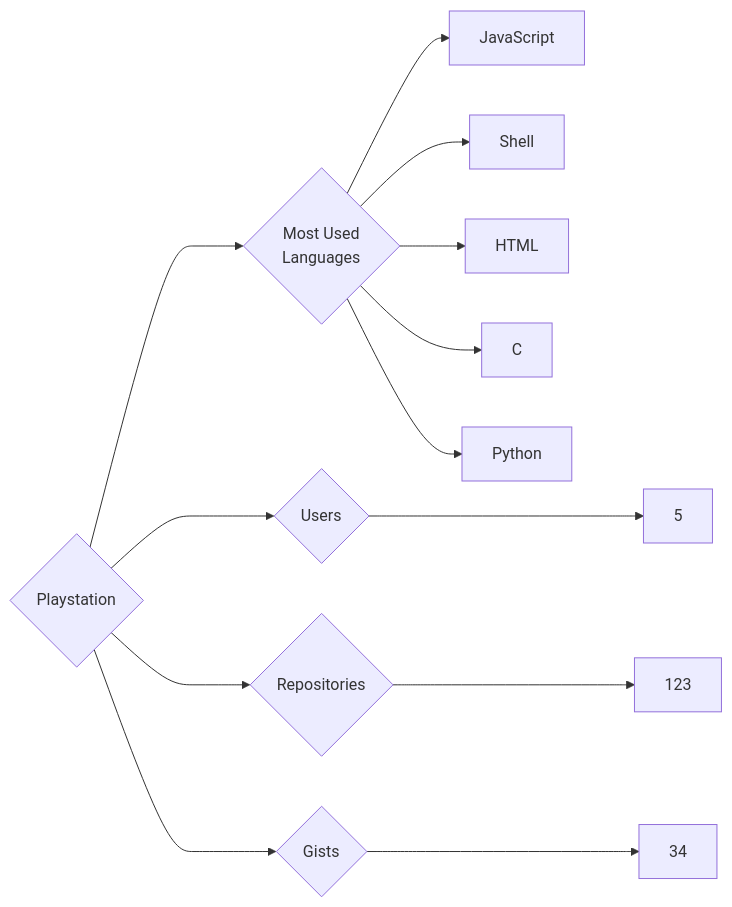
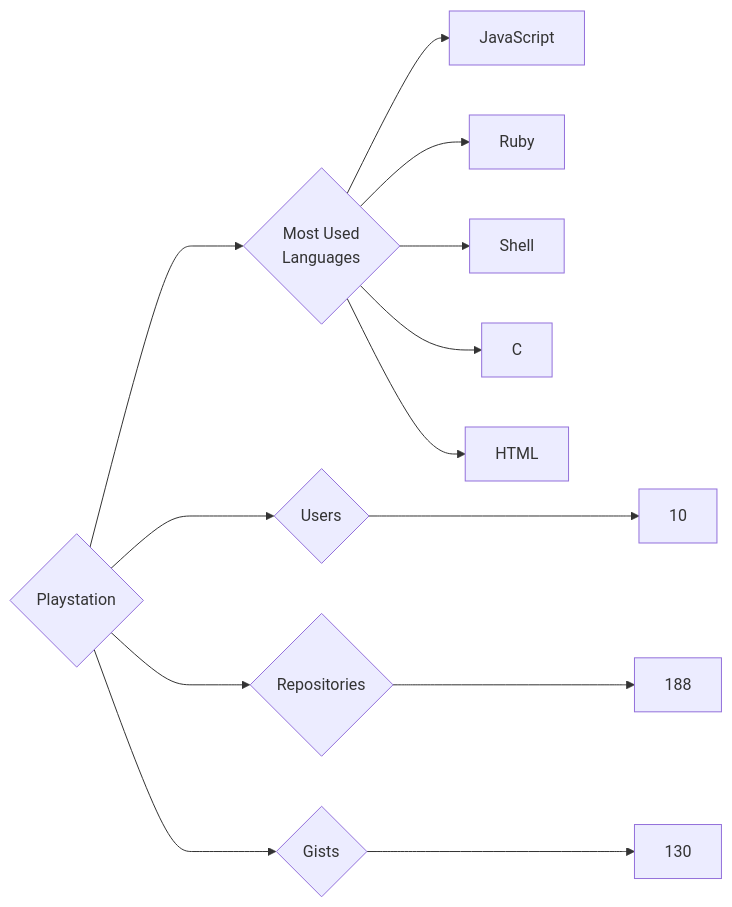
One commit to trickest/insiders changed the diagram in targets/Playstation/README.md. Above: the diagram before and after it, drawn with Mermaid. The commit also changed 1389 other files, not shown here.

````diff
--- a/targets/Playstation/README.md
+++ b/targets/Playstation/README.md
@@ -3,13 +3,13 @@
 ```mermaid
 graph LR
 COMPANY_NAME{Playstation}
-COMPANY_NAME ---> U{Users} ---> UN[5]
-COMPANY_NAME ---> R{Repositories} ---> RN[123]
-COMPANY_NAME ---> G{Gists} ---> GN[34]
+COMPANY_NAME ---> U{Users} ---> UN[10]
+COMPANY_NAME ---> R{Repositories} ---> RN[188]
+COMPANY_NAME ---> G{Gists} ---> GN[130]
 COMPANY_NAME ---> ML{Most Used<br>Languages}
 ML --> JavaScript[JavaScript]
+ML --> Ruby[Ruby]
 ML --> Shell[Shell]
+ML --> C[C]
 ML --> HTML[HTML]
-ML --> C[C]
-ML --> Python[Python]
 ```
````
